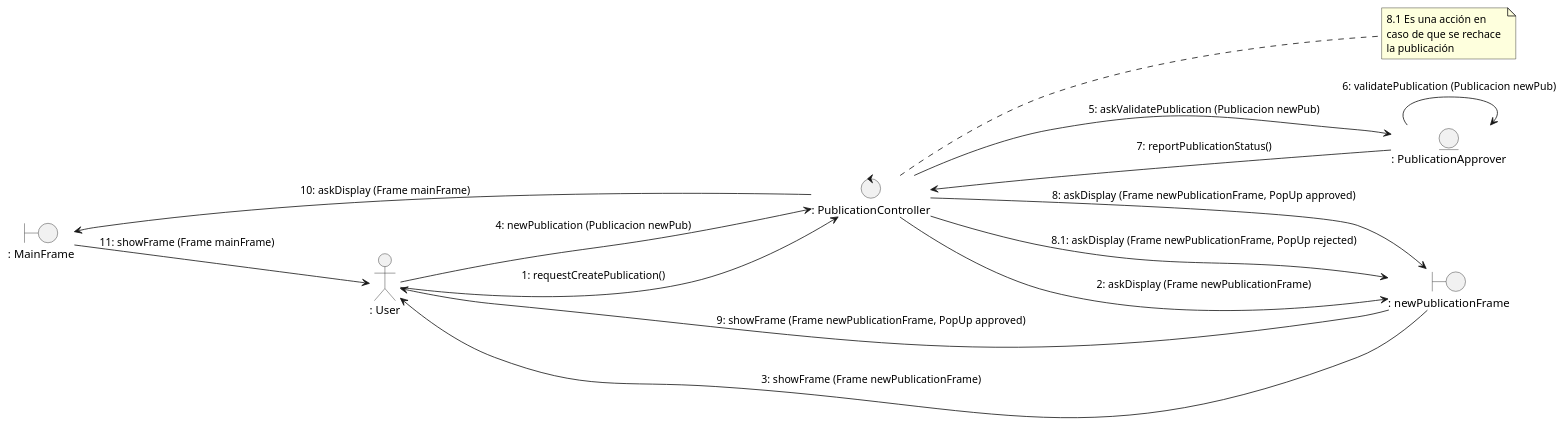
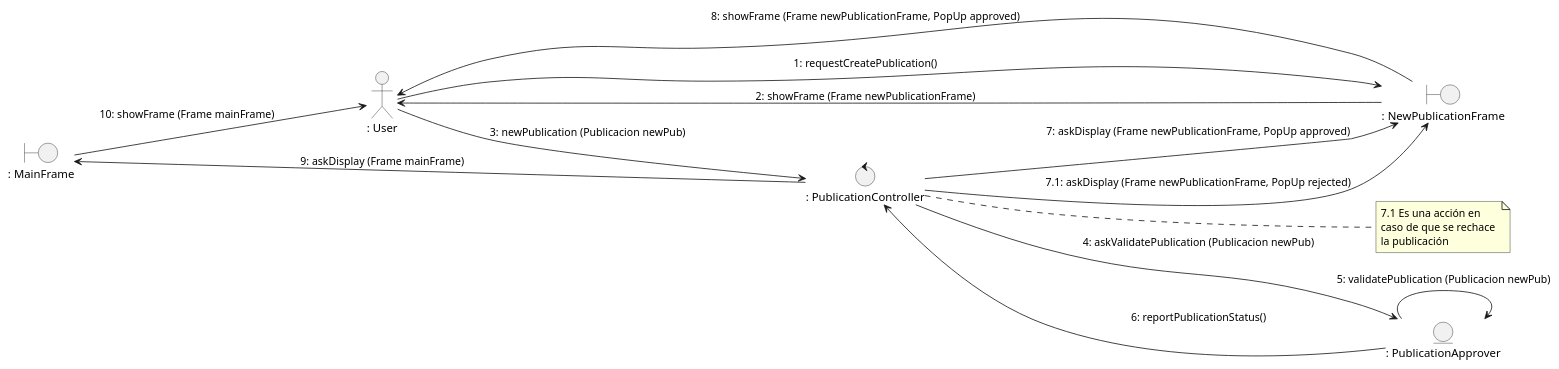
Before and after one commit to Danfloca02/ProyectoFacUpdate: the diagram in docs/logicalView/analysisView/usecaseAnalysis/collaborationDiagram/PlantUML/uc3_createPublication.plantuml, drawn with PlantUML. The commit also changed 6 other files, not shown here.

Commit message:
New changes to collaboration diagrams

```diff
--- a/docs/logicalView/analysisView/usecaseAnalysis/collaborationDiagram/PlantUML/uc3_createPublication.plantuml
+++ b/docs/logicalView/analysisView/usecaseAnalysis/collaborationDiagram/PlantUML/uc3_createPublication.plantuml
@@ -1,31 +1,30 @@
 @startuml uc3_createPublication
 
 left to right direction
 
 actor ": User" as user
 
 entity ": PublicationApprover" as mod
-boundary ": newPublicationFrame" as vis
+boundary ": NewPublicationFrame" as vis
 boundary ": MainFrame" as main
 control ": PublicationController" as con
 
 note right of con
-    8.1 Es una acción en 
+    7.1 Es una acción en 
     caso de que se rechace 
     la publicación 
 end note
 
-user --> con : 1: requestCreatePublication()
-con --> vis : 2: askDisplay (Frame newPublicationFrame)
-vis --> user : 3: showFrame (Frame newPublicationFrame)
-user --> con : 4: newPublication (Publicacion newPub)
-con --> mod : 5: askValidatePublication (Publicacion newPub)
-mod --> mod : 6: validatePublication (Publicacion newPub)
-mod --> con : 7: reportPublicationStatus()
-con --> vis : 8: askDisplay (Frame newPublicationFrame, PopUp approved)
-con --> vis : 8.1: askDisplay (Frame newPublicationFrame, PopUp rejected)
-vis --> user : 9: showFrame (Frame newPublicationFrame, PopUp approved)
-con -up-> main : 10: askDisplay (Frame mainFrame)
-main --> user : 11: showFrame (Frame mainFrame)
+user --> vis : 1: requestCreatePublication()
+vis --> user : 2: showFrame (Frame newPublicationFrame)
+user --> con : 3: newPublication (Publicacion newPub)
+con --> mod : 4: askValidatePublication (Publicacion newPub)
+mod --> mod : 5: validatePublication (Publicacion newPub)
+mod --> con : 6: reportPublicationStatus()
+con --> vis : 7: askDisplay (Frame newPublicationFrame, PopUp approved)
+con --> vis : 7.1: askDisplay (Frame newPublicationFrame, PopUp rejected)
+vis --> user : 8: showFrame (Frame newPublicationFrame, PopUp approved)
+con -up-> main : 9: askDisplay (Frame mainFrame)
+main --> user : 10: showFrame (Frame mainFrame)
 
 @enduml
```
